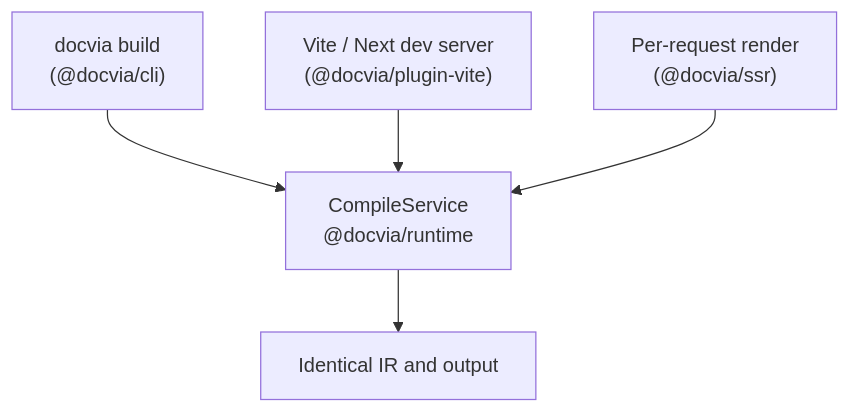
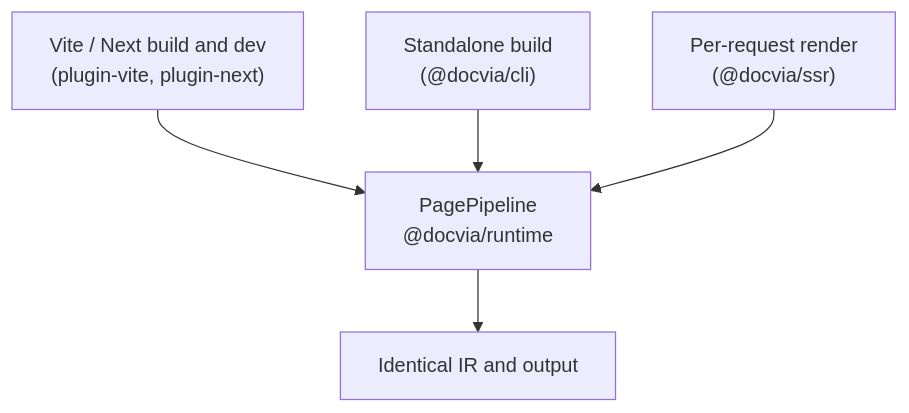
The second of 2 diagrams in apps/web/src/docs/index.md (kanakkholwal/docvia), drawn with Mermaid before and after one commit. The commit also changed other lines of this file and 164 other files, not shown here.

````diff
--- a/apps/web/src/docs/index.md
+++ b/apps/web/src/docs/index.md
@@ -67,8 +69,8 @@
 ```mermaid
-%% title: One CompileService behind all three modes
+%% title: One pipeline behind all three modes
 flowchart TD
-  CLI["docvia build<br/>(@docvia/cli)"] --> CS
-  VITE["Vite / Next dev server<br/>(@docvia/plugin-vite)"] --> CS
+  VITE["Vite / Next build and dev<br/>(plugin-vite, plugin-next)"] --> CS
+  CLI["Standalone build<br/>(@docvia/cli)"] --> CS
   SSR["Per-request render<br/>(@docvia/ssr)"] --> CS
-  CS["CompileService<br/>@docvia/runtime"] --> OUT[Identical IR and output]
+  CS["PagePipeline<br/>@docvia/runtime"] --> OUT[Identical IR and output]
 ```
````
